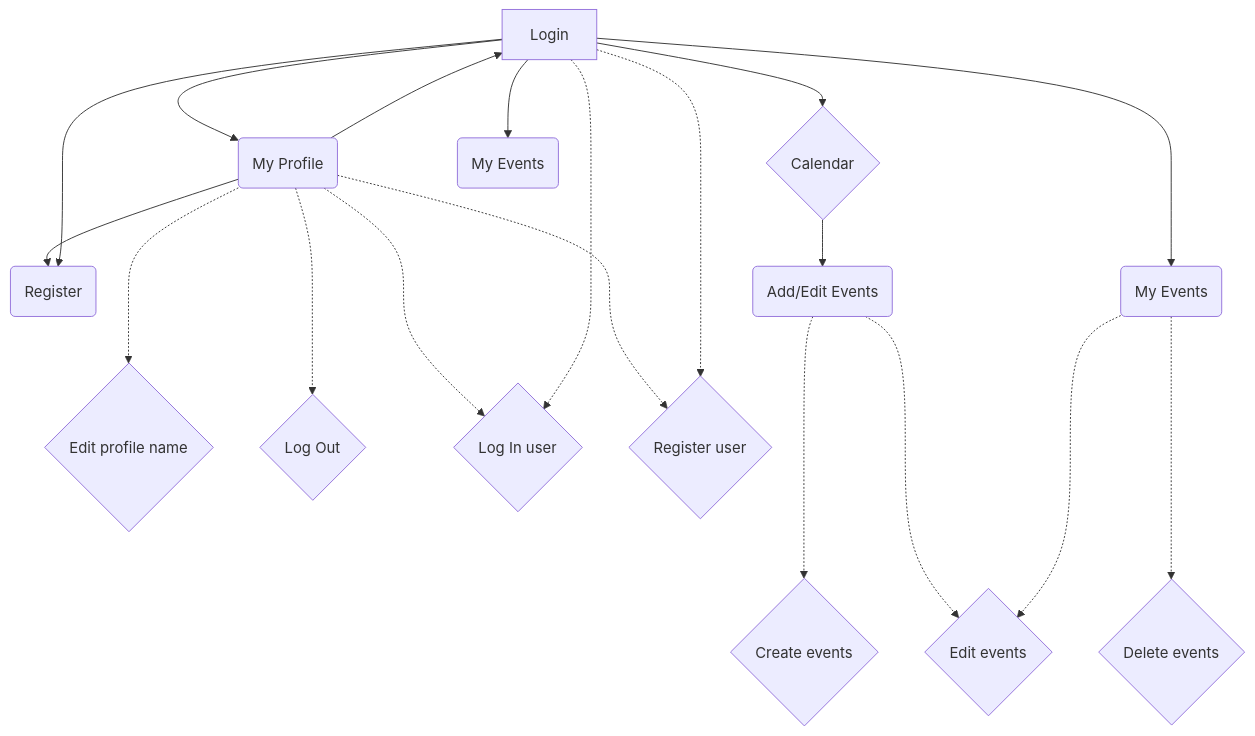
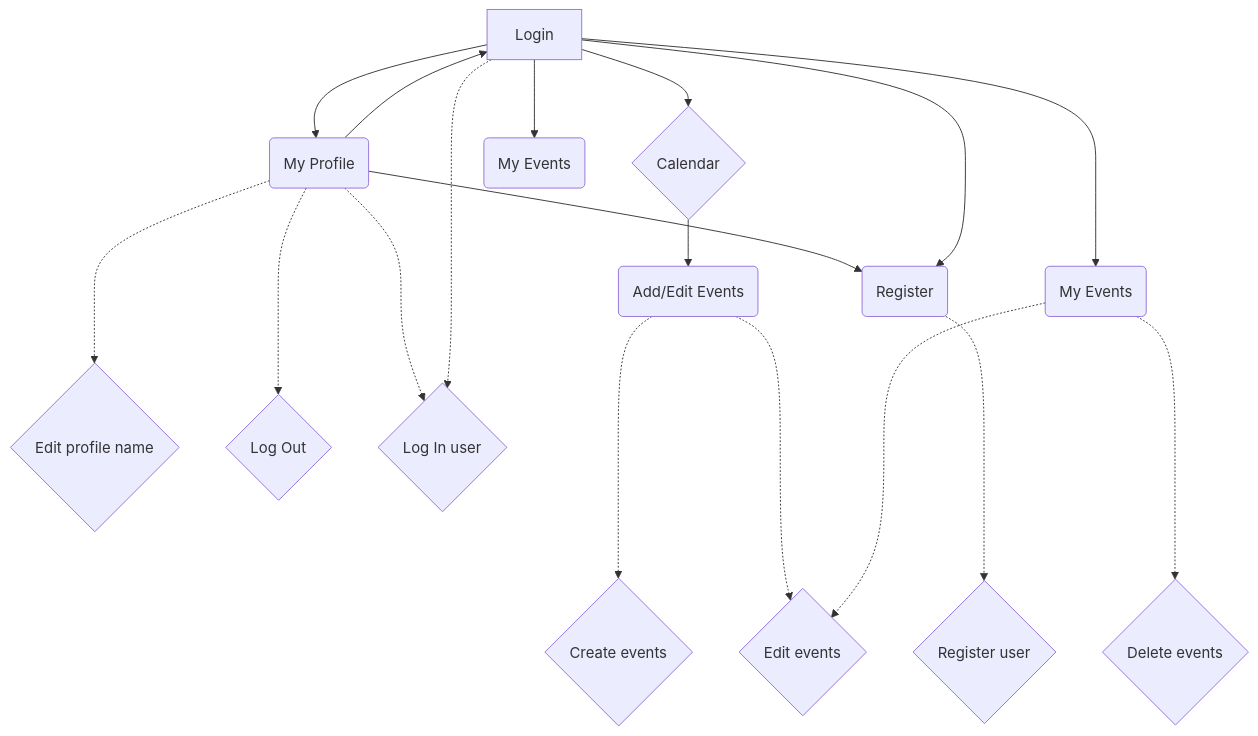
Before and after one commit to momchilmg/Sirma-Flutter-Exam: the diagram in README.md, drawn with Mermaid.

````diff
--- a/README.md
+++ b/README.md
@@ -27,21 +27,20 @@
 ```mermaid
 graph TD
 Z[Login] --> A{Calendar}
 Z --> B(My Profile)
 Z --> C(My Events)
 B --> Z
 B --> E(Register)
 Z --> E
 Z --> F(My Events)
 A --> G(Add/Edit Events)
 G ..-> I{Create events}
 G ..-> H{Edit events}
 F ..-> H
 F ..-> L{Delete events}
 B ..-> K{Edit profile name}
 B ..-> M{Log Out}
 B ..-> N{Log In user}
-B ..-> O{Register user}
+E ..-> O{Register user}
 Z ..-> N
-Z ..-> O
 ```
````
